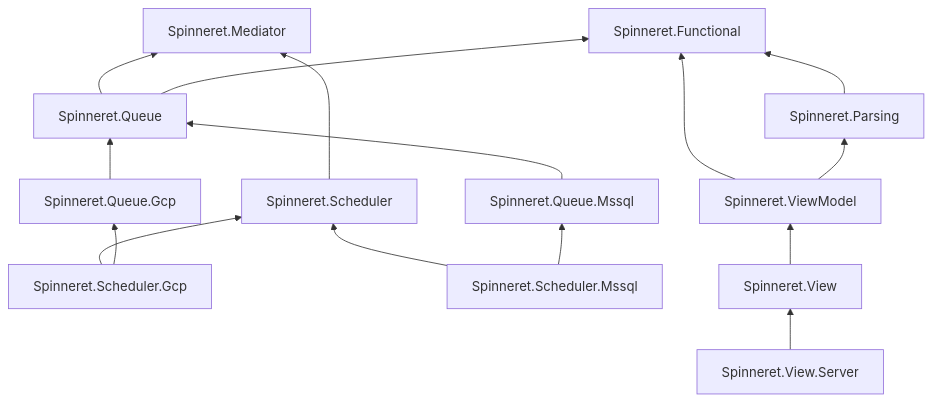
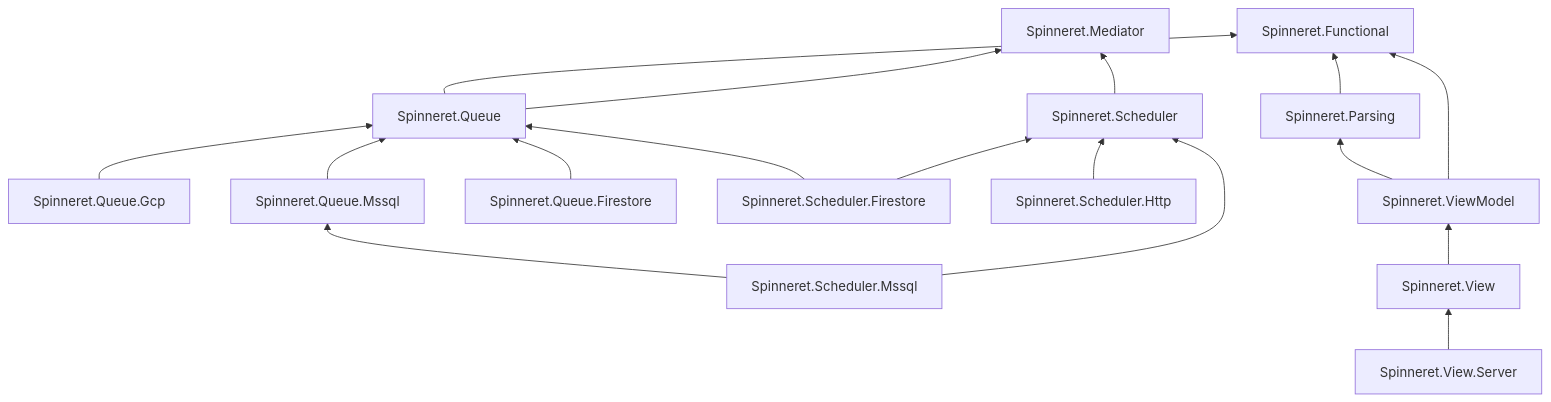
One commit to spinneret-net/spinneret changed the diagram in README.md. Above: the diagram before and after it, drawn with Mermaid. The commit also changed other lines of this file and 97 other files, not shown here.

Commit message:
feat!: separate storage, transport and trigger across queue and scheduler

````diff
--- a/README.md
+++ b/README.md
@@ -221,15 +237,17 @@
 ```mermaid
 graph BT
   Functional["Spinneret.Functional"]
   Parsing["Spinneret.Parsing"] --> Functional
   Mediator["Spinneret.Mediator"]
   Queue["Spinneret.Queue"] --> Mediator & Functional
   QueueGcp["Spinneret.Queue.Gcp"] --> Queue
   QueueMssql["Spinneret.Queue.Mssql"] --> Queue
+  QueueFirestore["Spinneret.Queue.Firestore"] --> Queue
   Scheduler["Spinneret.Scheduler"] --> Mediator
-  SchedulerGcp["Spinneret.Scheduler.Gcp"] --> Scheduler & QueueGcp
+  SchedulerFirestore["Spinneret.Scheduler.Firestore"] --> Scheduler & Queue
   SchedulerMssql["Spinneret.Scheduler.Mssql"] --> Scheduler & QueueMssql
+  SchedulerHttp["Spinneret.Scheduler.Http"] --> Scheduler
   ViewModel["Spinneret.ViewModel"] --> Functional & Parsing
   View["Spinneret.View"] --> ViewModel
   ViewServer["Spinneret.View.Server"] --> View
 ```
````
